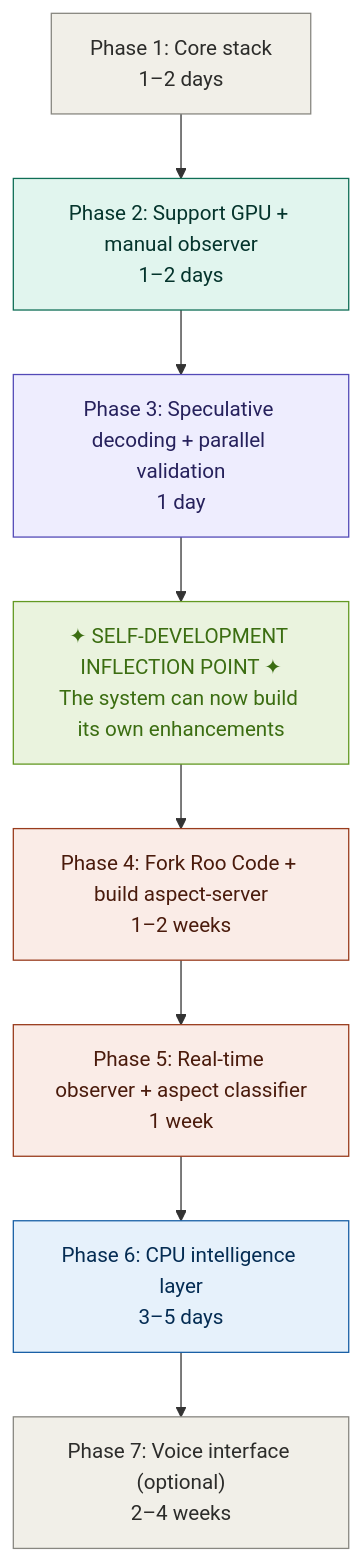
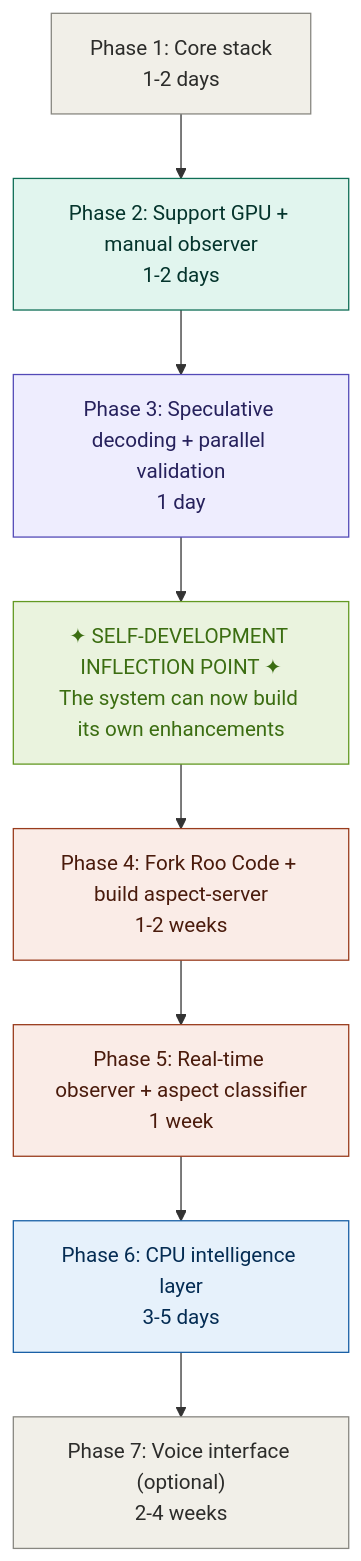
The second of 7 diagrams in docs/reference-guide.md (JoshWrites/2gpu-local-ai-workstation), drawn with Mermaid before and after one commit. The commit also changed other lines of this file and 73 other files, not shown here.

````diff
--- a/docs/reference-guide.md
+++ b/docs/reference-guide.md
@@ -101,22 +101,22 @@
 ```mermaid
 graph TD
-    P1["Phase 1: Core stack\n1–2 days"]
-    P2["Phase 2: Support GPU + manual observer\n1–2 days"]
+    P1["Phase 1: Core stack\n1-2 days"]
+    P2["Phase 2: Support GPU + manual observer\n1-2 days"]
     P3["Phase 3: Speculative decoding + parallel validation\n1 day"]
     INFLECT["✦ SELF-DEVELOPMENT INFLECTION POINT ✦\nThe system can now build its own enhancements"]
-    P4["Phase 4: Fork Roo Code + build aspect-server\n1–2 weeks"]
+    P4["Phase 4: Fork Roo Code + build aspect-server\n1-2 weeks"]
     P5["Phase 5: Real-time observer + aspect classifier\n1 week"]
-    P6["Phase 6: CPU intelligence layer\n3–5 days"]
-    P7["Phase 7: Voice interface (optional)\n2–4 weeks"]
+    P6["Phase 6: CPU intelligence layer\n3-5 days"]
+    P7["Phase 7: Voice interface (optional)\n2-4 weeks"]
 
     P1 --> P2 --> P3 --> INFLECT --> P4 --> P5 --> P6 --> P7
 
     style INFLECT fill:#eaf3de,stroke:#639922,color:#3b6d11
     style P1 fill:#f1efe8,stroke:#888780,color:#2c2c2a
     style P2 fill:#e1f5ee,stroke:#0f6e56,color:#04342c
     style P3 fill:#eeedfe,stroke:#534ab7,color:#26215c
     style P4 fill:#faece7,stroke:#993c1d,color:#4a1b0c
     style P5 fill:#faece7,stroke:#993c1d,color:#4a1b0c
     style P6 fill:#e6f1fb,stroke:#185fa5,color:#042c53
     style P7 fill:#f1efe8,stroke:#888780,color:#2c2c2a
 ```
````
